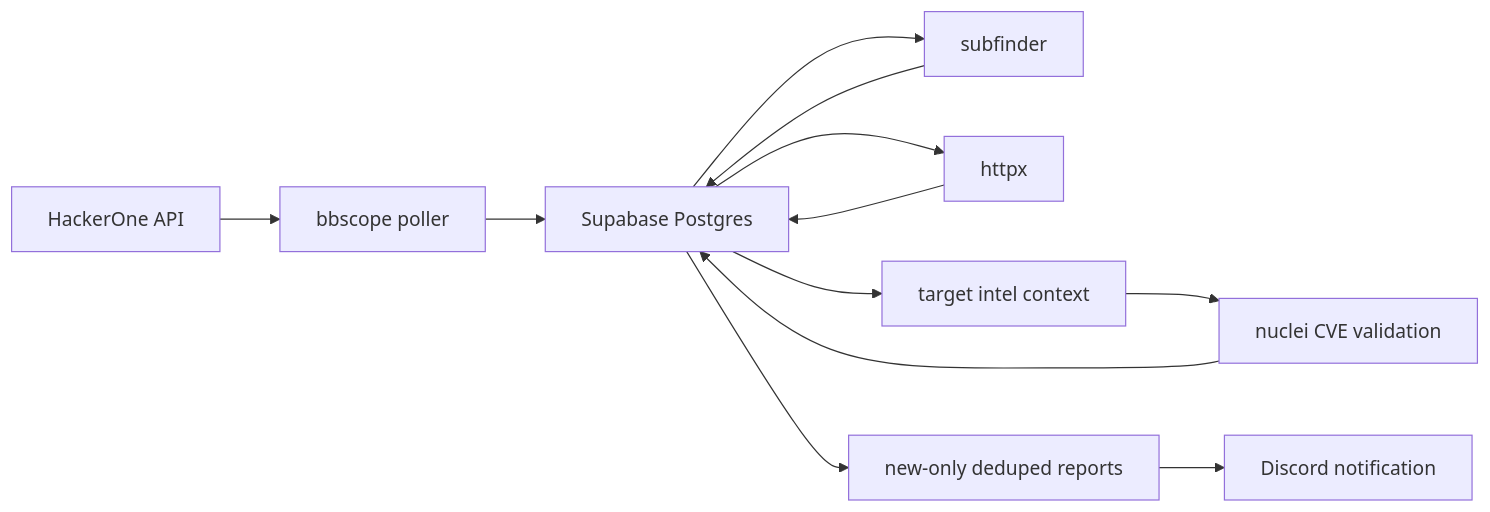
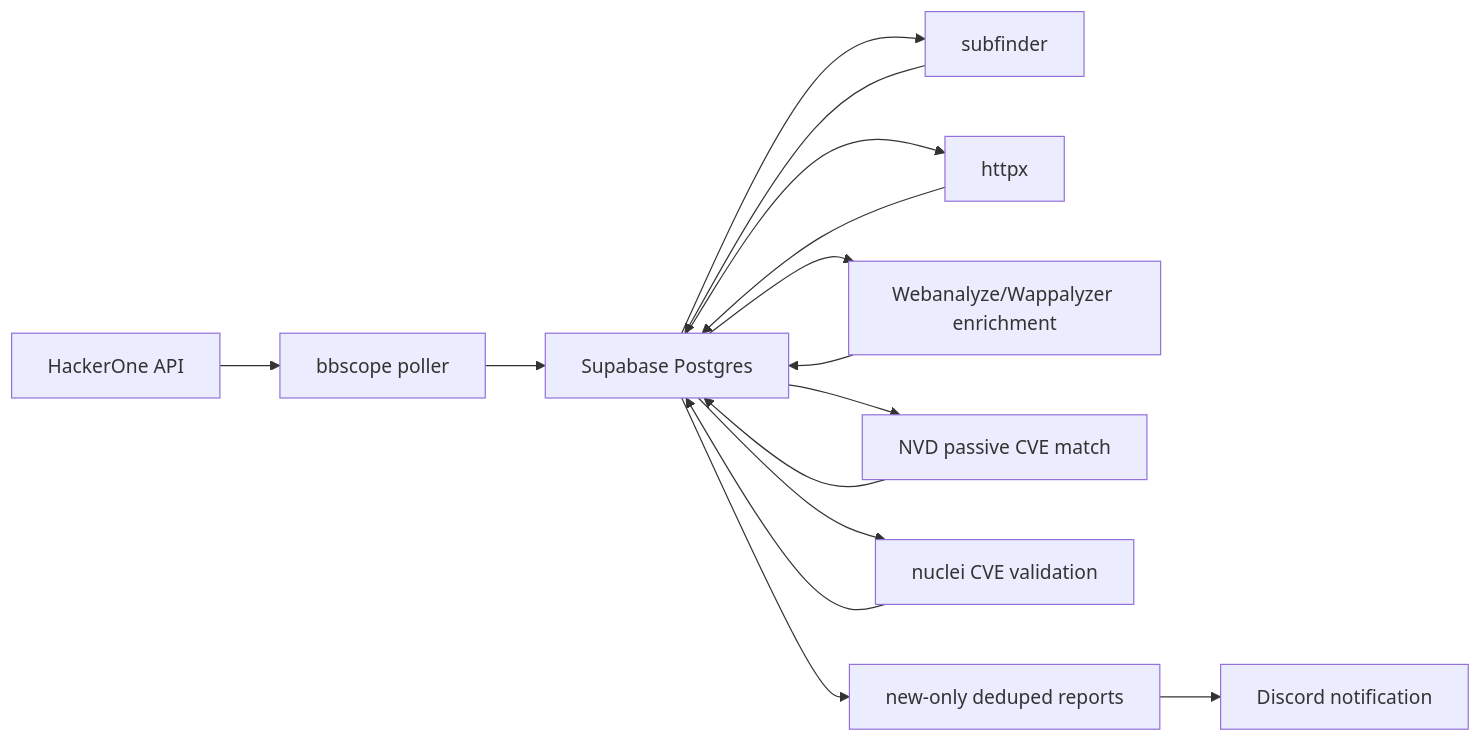
One commit to rafabd1/ZERO changed the diagram in docs/ARCHITECTURE.md. Above: the diagram before and after it, drawn with Mermaid. The commit also changed other lines of this file and 24 other files, not shown here.

Commit message:
feat: add web tech enrichment and cve-driven validation

````diff
--- a/docs/ARCHITECTURE.md
+++ b/docs/ARCHITECTURE.md
@@ -5,14 +5,17 @@
 ```mermaid
 flowchart LR
   H1["HackerOne API"] --> BBS["bbscope poller"]
   BBS --> DB["Supabase Postgres"]
   DB --> SF["subfinder"]
   SF --> DB
   DB --> HX["httpx"]
   HX --> DB
-  DB --> INTEL["target intel context"]
-  INTEL --> NUCLEI["nuclei CVE validation"]
+  DB --> WA["Webanalyze/Wappalyzer enrichment"]
+  WA --> DB
+  DB --> NVD["NVD passive CVE match"]
+  NVD --> DB
+  DB --> NUCLEI["nuclei CVE validation"]
   NUCLEI --> DB
   DB --> REPORT["new-only deduped reports"]
   REPORT --> DISCORD["Discord notification"]
 ```
````
